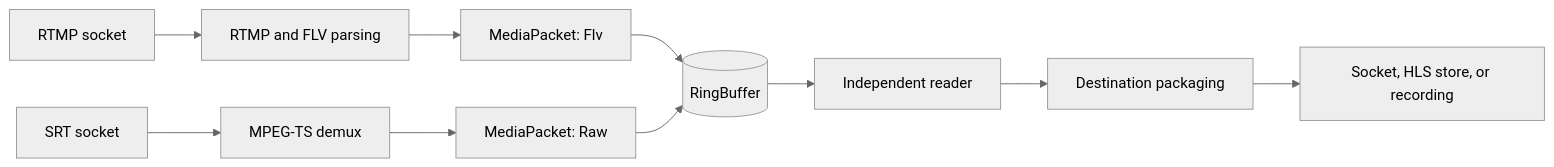
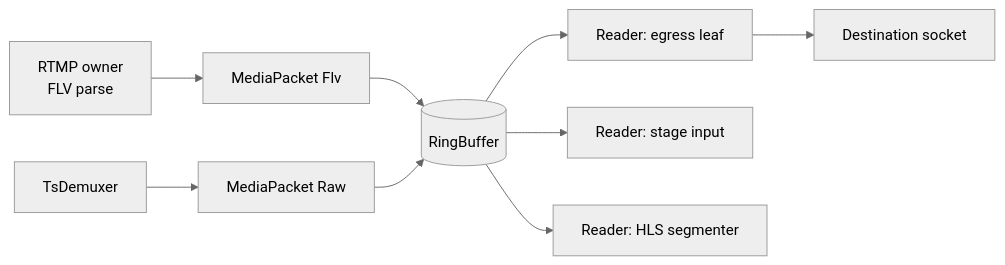
The fourth of 6 diagrams in docs/architecture.md (krsna1729/restream), drawn with Mermaid (neutral theme) before and after one commit. The commit also changed other lines of this file and 26 other files, not shown here.

First line of the commit message:
docs: rewrite every page against current source, with diagrams (#372)

````diff
--- a/docs/architecture.md
+++ b/docs/architecture.md
@@ -247,12 +224,10 @@
 ```mermaid
 flowchart LR
-    Rtmp["RTMP socket"] --> RtmpParse["RTMP and FLV parsing"]
-    RtmpParse --> Flv["MediaPacket: Flv"]
-    Srt["SRT socket"] --> Ts["MPEG-TS demux"]
-    Ts --> Raw["MediaPacket: Raw"]
-    Flv --> Ring[("RingBuffer")]
-    Raw --> Ring
-    Ring --> Consumer["Independent reader"]
-    Consumer --> Package["Destination packaging"]
-    Package --> Destination["Socket, HLS store, or recording"]
+    RtmpParse["RTMP owner<br/>FLV parse"] --> Flv["MediaPacket Flv"]
+    TsDemux["TsDemuxer"] --> Raw["MediaPacket Raw"]
+    Flv & Raw --> Ring[("RingBuffer")]
+    Ring --> R1["Reader: egress leaf"]
+    Ring --> R2["Reader: stage input"]
+    Ring --> R3["Reader: HLS segmenter"]
+    R1 --> Socket["Destination socket"]
 ```
````
